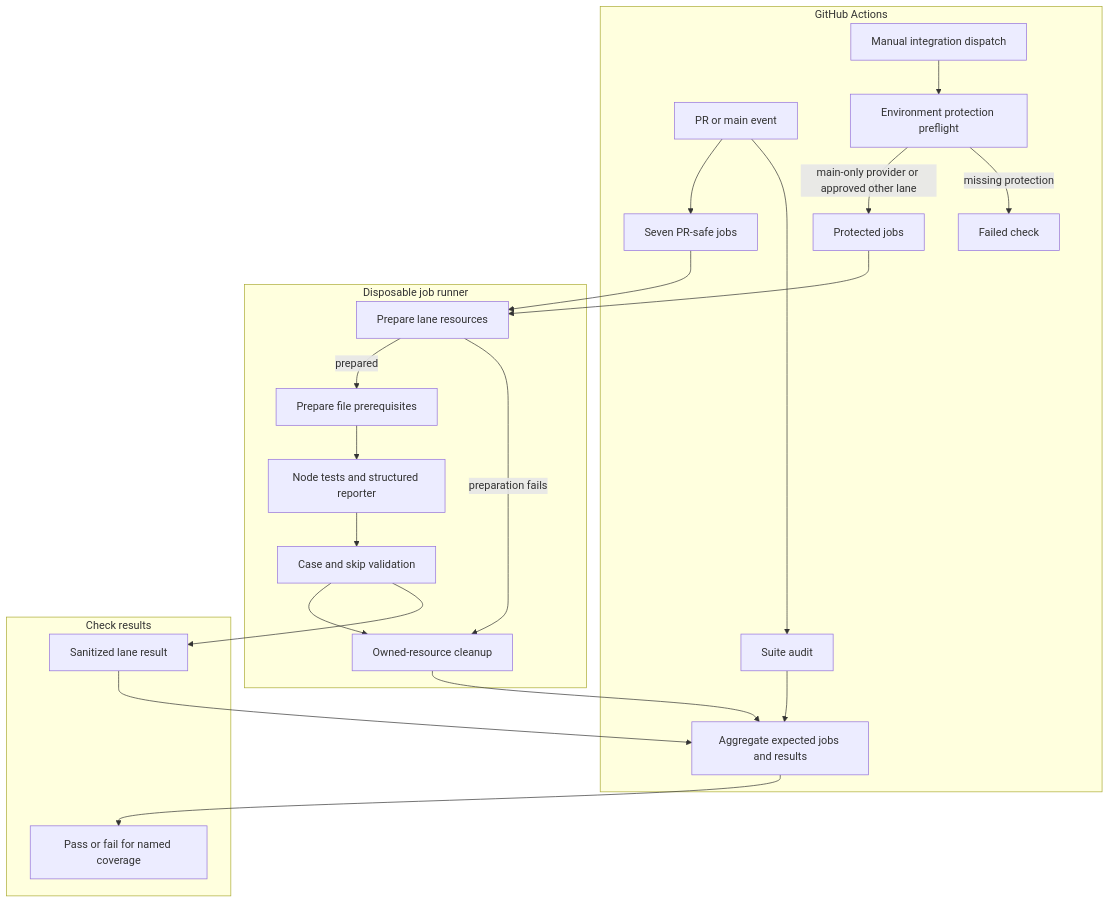
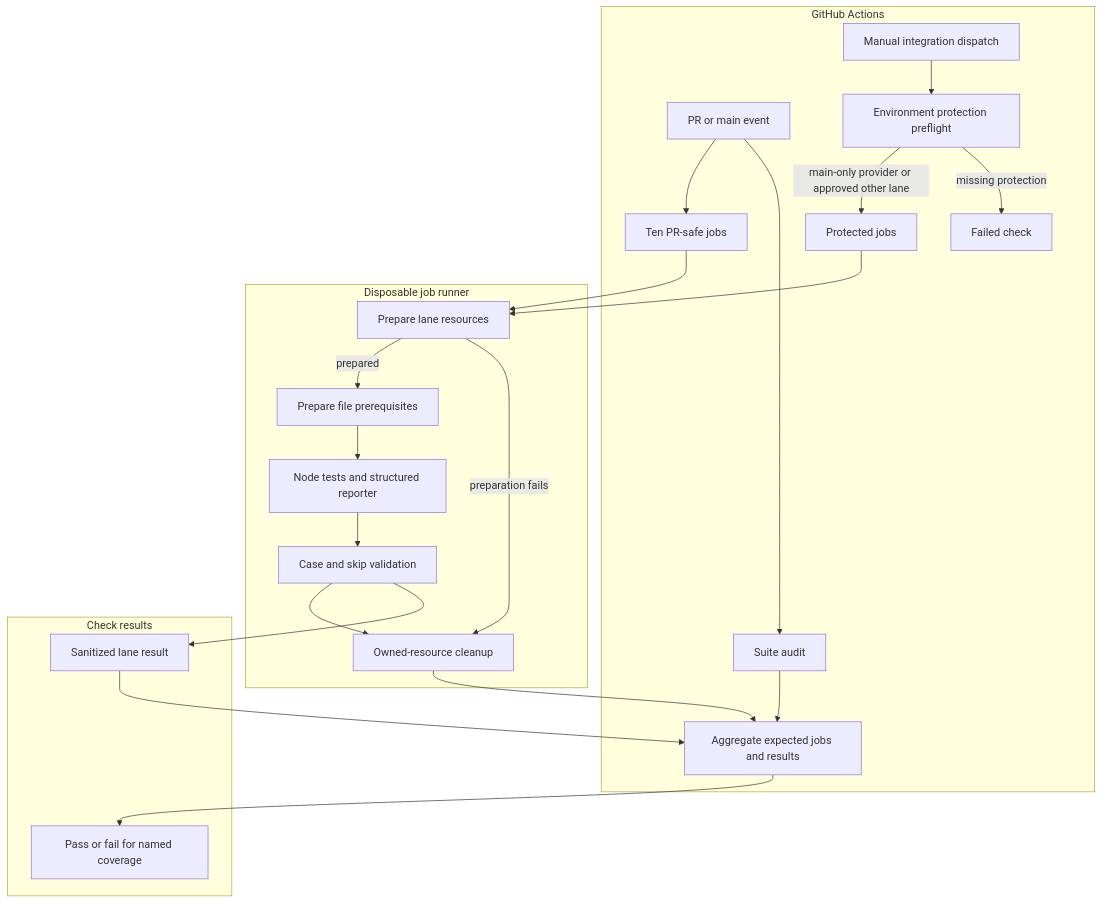
Before and after one commit to openclaw/openclaw-enterprise: the diagram in docs/flows/github-actions-testing.md, drawn with Mermaid. The commit also changed other lines of this file and 5 other files, not shown here.

````diff
--- a/docs/flows/github-actions-testing.md
+++ b/docs/flows/github-actions-testing.md
@@ -21,26 +21,26 @@
 ```mermaid
 graph TD
   subgraph Actions["GitHub Actions"]
-    A["PR or main event"] --> B["Seven PR-safe jobs"]
+    A["PR or main event"] --> B["Ten PR-safe jobs"]
     A --> N["Suite audit"]
     N --> L
     C["Manual integration dispatch"] --> D["Environment protection preflight"]
     D -->|main-only provider or approved other lane| E["Protected jobs"]
     D -->|missing protection| X["Failed check"]
   end
   subgraph Runner["Disposable job runner"]
     B --> F["Prepare lane resources"]
     E --> F
     F -->|prepared| G["Prepare file prerequisites"]
     G --> H["Node tests and structured reporter"]
     H --> I["Case and skip validation"]
     F -->|preparation fails| J["Owned-resource cleanup"]
     I --> J
   end
   subgraph Results["Check results"]
     I --> K["Sanitized lane result"]
     J --> L["Aggregate expected jobs and results"]
     K --> L
     L --> M["Pass or fail for named coverage"]
   end
 ```
````
